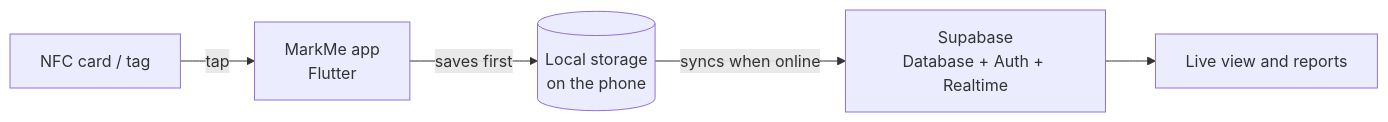
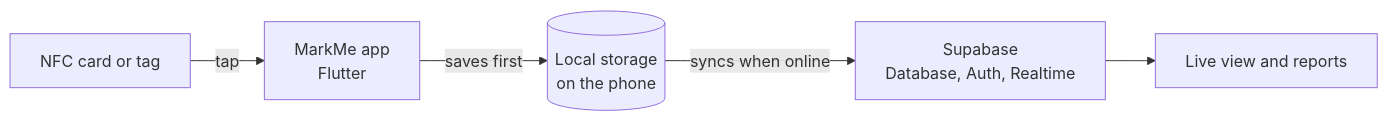
The diagram in README.md (GoyalKrish/markmeSupabase), drawn with Mermaid before and after one commit. The commit also changed other lines of this file, not shown here.

````diff
--- a/README.md
+++ b/README.md
@@ -49,7 +138,7 @@
 ```mermaid
 flowchart LR
-    A[NFC card / tag] -->|tap| B[MarkMe app<br/>Flutter]
+    A[NFC card or tag] -->|tap| B[MarkMe app<br/>Flutter]
     B -->|saves first| C[(Local storage<br/>on the phone)]
-    C -->|syncs when online| D[Supabase<br/>Database + Auth + Realtime]
+    C -->|syncs when online| D[Supabase<br/>Database, Auth, Realtime]
     D --> E[Live view and reports]
 ```
````
